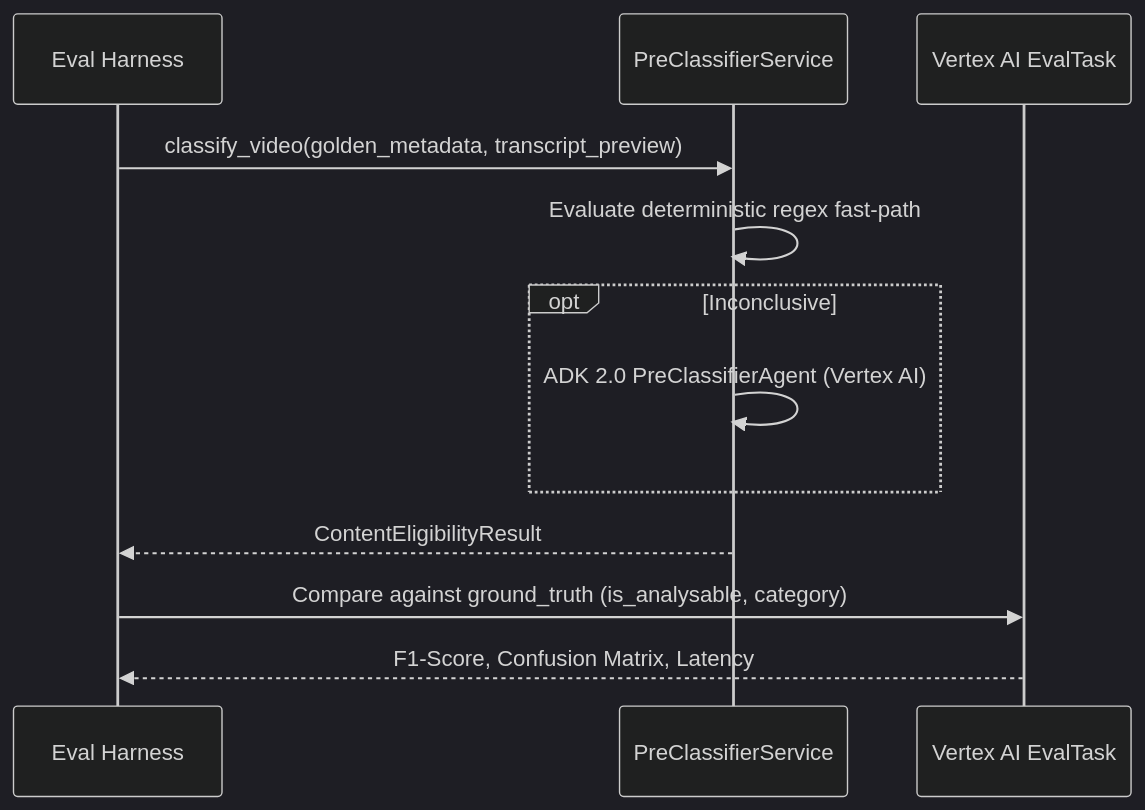
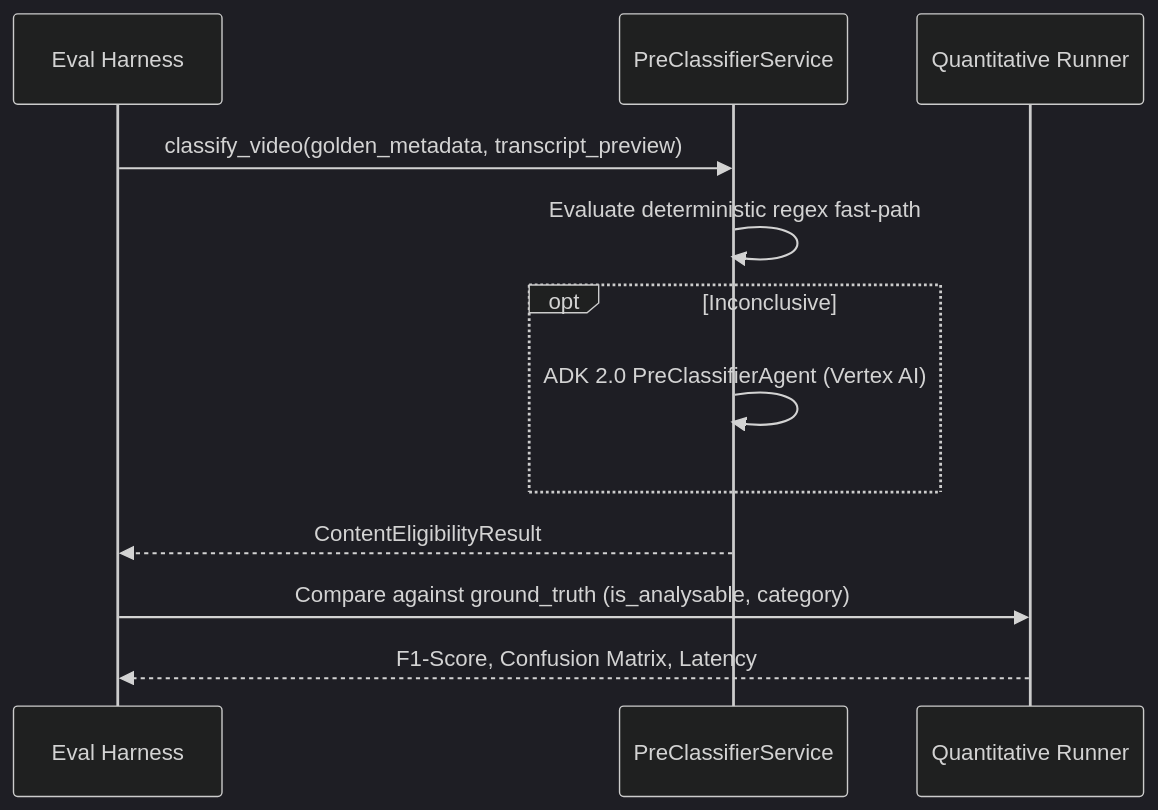
Before and after one commit to JAaron93/PerspectivePrism: the second of 2 diagrams in docs/component-evaluation-spec/design.md, drawn with Mermaid (dark theme). The commit also changed other lines of this file and 2 other files, not shown here.

````diff
--- a/docs/component-evaluation-spec/design.md
+++ b/docs/component-evaluation-spec/design.md
@@ -93,15 +93,15 @@
 ```mermaid
 sequenceDiagram
     participant Harness as Eval Harness
     participant Gate as PreClassifierService
-    participant Judge as Vertex AI EvalTask
+    participant Runner as Quantitative Runner
 
     Harness->>Gate: classify_video(golden_metadata, transcript_preview)
     Gate->>Gate: Evaluate deterministic regex fast-path
     opt Inconclusive
         Gate->>Gate: ADK 2.0 PreClassifierAgent (Vertex AI)
     end
     Gate-->>Harness: ContentEligibilityResult
-    Harness->>Judge: Compare against ground_truth (is_analysable, category)
-    Judge-->>Harness: F1-Score, Confusion Matrix, Latency
+    Harness->>Runner: Compare against ground_truth (is_analysable, category)
+    Runner-->>Harness: F1-Score, Confusion Matrix, Latency
 ```
````
